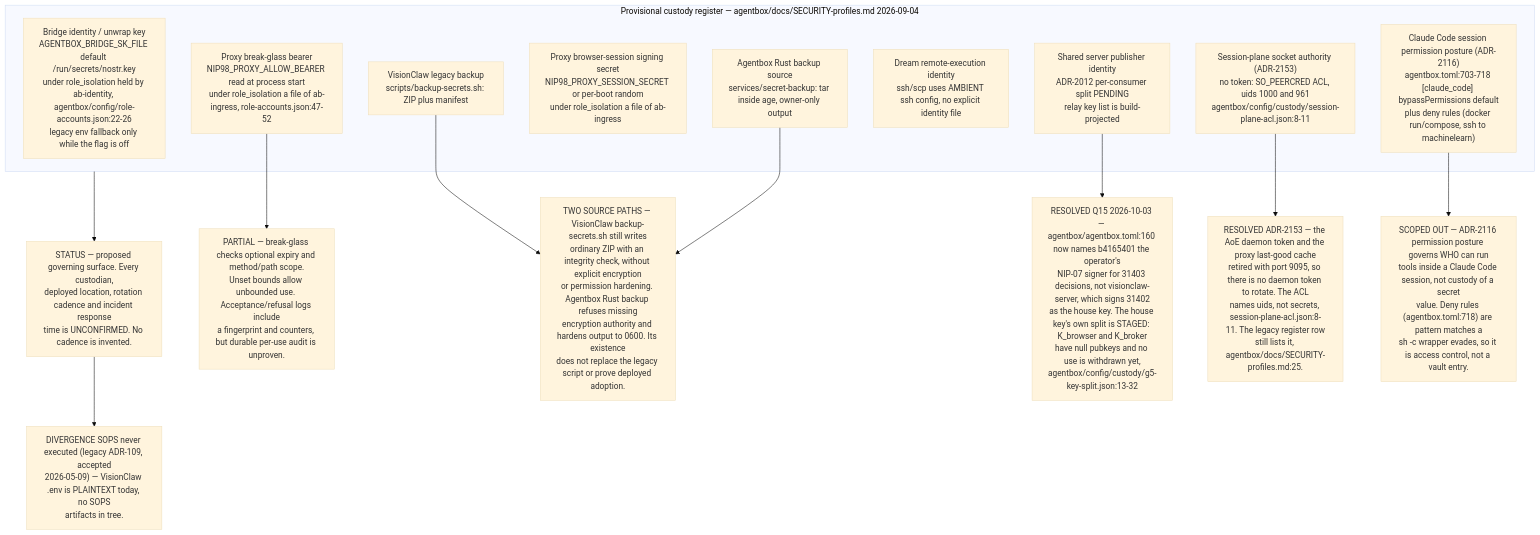
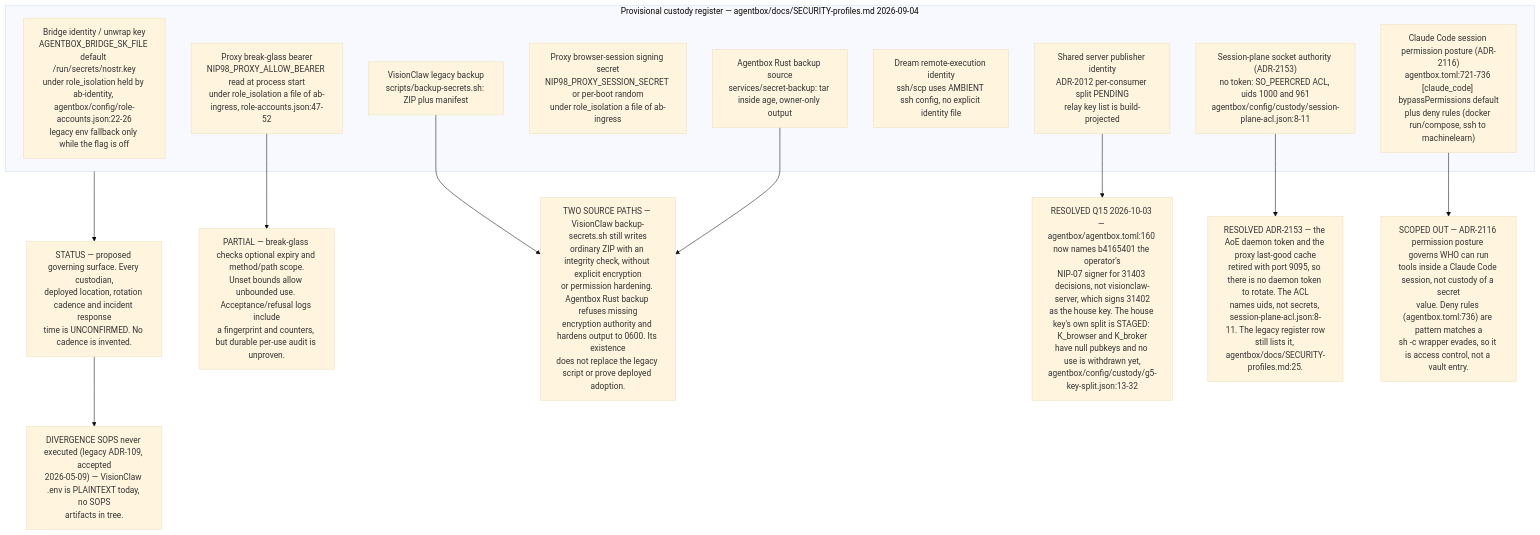
One commit to DreamLab-AI/VisionFlow changed the ninth of 11 diagrams in docs/diagrams/estate/10-deployment-and-security-profiles.md. Above: the diagram before and after it, drawn with Mermaid (base theme). The commit also changed other lines of this file and 5 other files, not shown here.

````diff
--- a/docs/diagrams/estate/10-deployment-and-security-profiles.md
+++ b/docs/diagrams/estate/10-deployment-and-security-profiles.md
@@ -372,30 +373,30 @@
 ```mermaid
 flowchart TB
     subgraph reg["Provisional custody register — agentbox/docs/SECURITY-profiles.md 2026-09-04"]
         C1["Bridge identity / unwrap key<br/>AGENTBOX_BRIDGE_SK_FILE default /run/secrets/nostr.key<br/>under role_isolation held by ab-identity, agentbox/config/role-accounts.json:22-26<br/>legacy env fallback only while the flag is off"]
         C2["Shared server publisher identity<br/>ADR-2012 per-consumer split PENDING<br/>relay key list is build-projected"]
         C3["Proxy break-glass bearer<br/>NIP98_PROXY_ALLOW_BEARER read at process start<br/>under role_isolation a file of ab-ingress, role-accounts.json:47-52"]
         C4["Proxy browser-session signing secret<br/>NIP98_PROXY_SESSION_SECRET or per-boot random<br/>under role_isolation a file of ab-ingress"]
         C5["Session-plane socket authority (ADR-2153)<br/>no token: SO_PEERCRED ACL, uids 1000 and 961<br/>agentbox/config/custody/session-plane-acl.json:8-11"]
         C6["Dream remote-execution identity<br/>ssh/scp uses AMBIENT ssh config, no explicit identity file"]
         C7["VisionClaw legacy backup<br/>scripts/backup-secrets.sh: ZIP plus manifest"]
         C8["Agentbox Rust backup source<br/>services/secret-backup: tar inside age, owner-only output"]
-        C9["Claude Code session permission posture (ADR-2116)<br/>agentbox.toml:703-718 [claude_code] bypassPermissions default<br/>plus deny rules (docker run/compose, ssh to machinelearn)"]
+        C9["Claude Code session permission posture (ADR-2116)<br/>agentbox.toml:721-736 [claude_code] bypassPermissions default<br/>plus deny rules (docker run/compose, ssh to machinelearn)"]
     end
     ST["STATUS — proposed governing surface. Every custodian,<br/>deployed location, rotation cadence and incident response<br/>time is UNCONFIRMED. No cadence is invented."]
     D1["PARTIAL — break-glass checks optional expiry and method/path scope.<br/>Unset bounds allow unbounded use. Acceptance/refusal logs include<br/>a fingerprint and counters, but durable per-use audit is unproven."]
     D2["TWO SOURCE PATHS — VisionClaw backup-secrets.sh still writes<br/>ordinary ZIP with an integrity check, without explicit encryption<br/>or permission hardening. Agentbox Rust backup refuses missing<br/>encryption authority and hardens output to 0600. Its existence<br/>does not replace the legacy script or prove deployed adoption."]
     D3["RESOLVED Q15 2026-10-03 — agentbox/agentbox.toml:160 now names b4165401 the operator's<br/>NIP-07 signer for 31403 decisions, not visionclaw-server, which signs 31402<br/>as the house key. The house key's own split is STAGED: K_browser and K_broker<br/>have null pubkeys and no use is withdrawn yet,<br/>agentbox/config/custody/g5-key-split.json:13-32"]
     D4["RESOLVED ADR-2153 — the AoE daemon token and the proxy last-good cache<br/>retired with port 9095, so there is no daemon token to rotate. The ACL<br/>names uids, not secrets, session-plane-acl.json:8-11. The legacy register row<br/>still lists it, agentbox/docs/SECURITY-profiles.md:25."]
     D5["DIVERGENCE SOPS never executed (legacy ADR-109, accepted<br/>2026-05-09) — VisionClaw .env is PLAINTEXT today, no SOPS<br/>artifacts in tree."]
-    D6["SCOPED OUT — ADR-2116 permission posture governs WHO can run<br/>tools inside a Claude Code session, not custody of a secret<br/>value. Deny rules (agentbox.toml:718) are pattern matches a<br/>sh -c wrapper evades, so it is access control, not a vault entry."]
+    D6["SCOPED OUT — ADR-2116 permission posture governs WHO can run<br/>tools inside a Claude Code session, not custody of a secret<br/>value. Deny rules (agentbox.toml:736) are pattern matches a<br/>sh -c wrapper evades, so it is access control, not a vault entry."]
 
     reg --> ST
     C3 --> D1
     C7 --> D2
     C8 --> D2
     C2 --> D3
     C5 --> D4
     ST --> D5
     C9 --> D6
 ```
````
